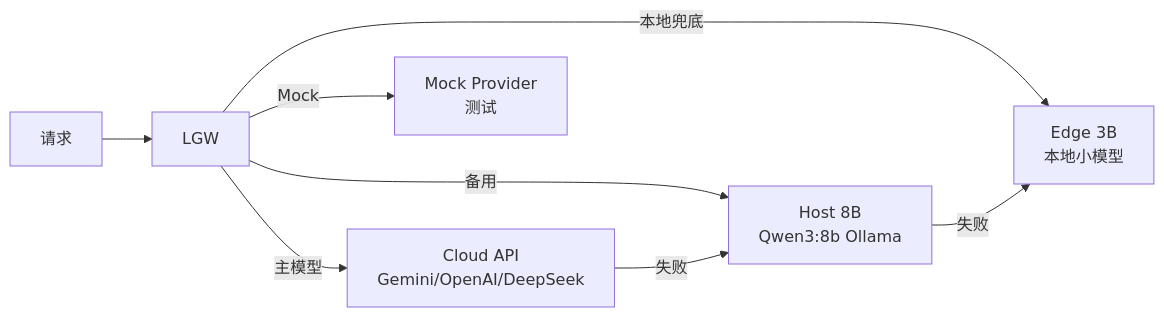
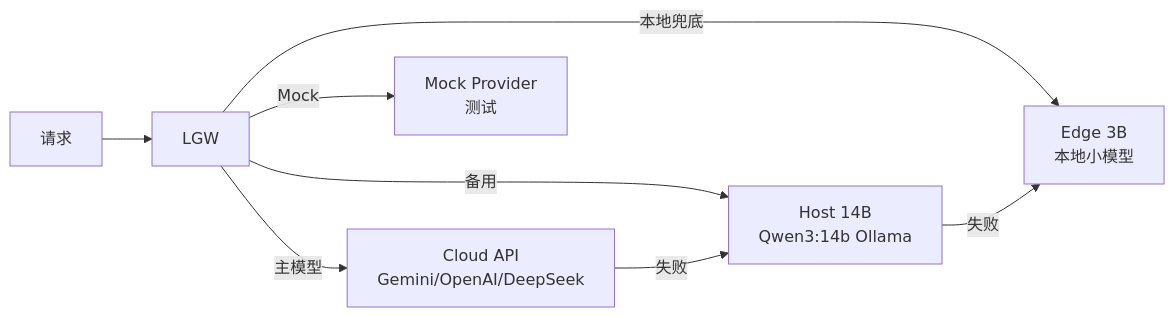
Before and after one commit to SakuraYoruno/Natsume_Ai: the fourth of 14 diagrams in docs/15_theory/architecture_overview.md, drawn with Mermaid. The commit also changed other lines of this file and 4 other files, not shown here.

````diff
--- a/docs/15_theory/architecture_overview.md
+++ b/docs/15_theory/architecture_overview.md
@@ -270,10 +270,10 @@
 ```mermaid
 graph LR
     REQ[请求] --> LGW
     LGW -->|主模型| CLOUD[Cloud API<br/>Gemini/OpenAI/DeepSeek]
-    LGW -->|备用| HOST8B[Host 8B<br/>Qwen3:8b Ollama]
+    LGW -->|备用| HOST8B[Host 14B<br/>Qwen3:14b Ollama]
     LGW -->|本地兜底| EDGE3B[Edge 3B<br/>本地小模型]
     LGW -->|Mock| MOCK[Mock Provider<br/>测试]
     CLOUD -->|失败| HOST8B
     HOST8B -->|失败| EDGE3B
 ```
````
